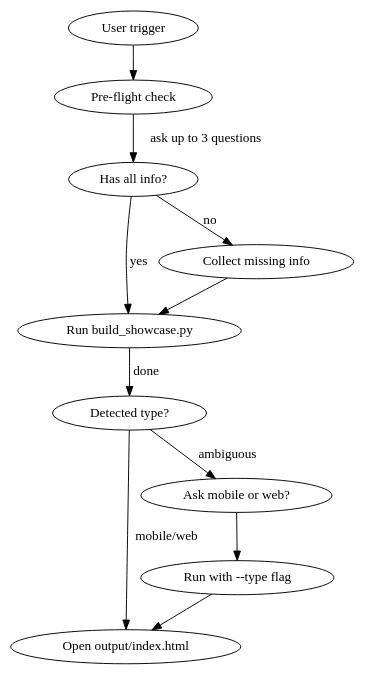
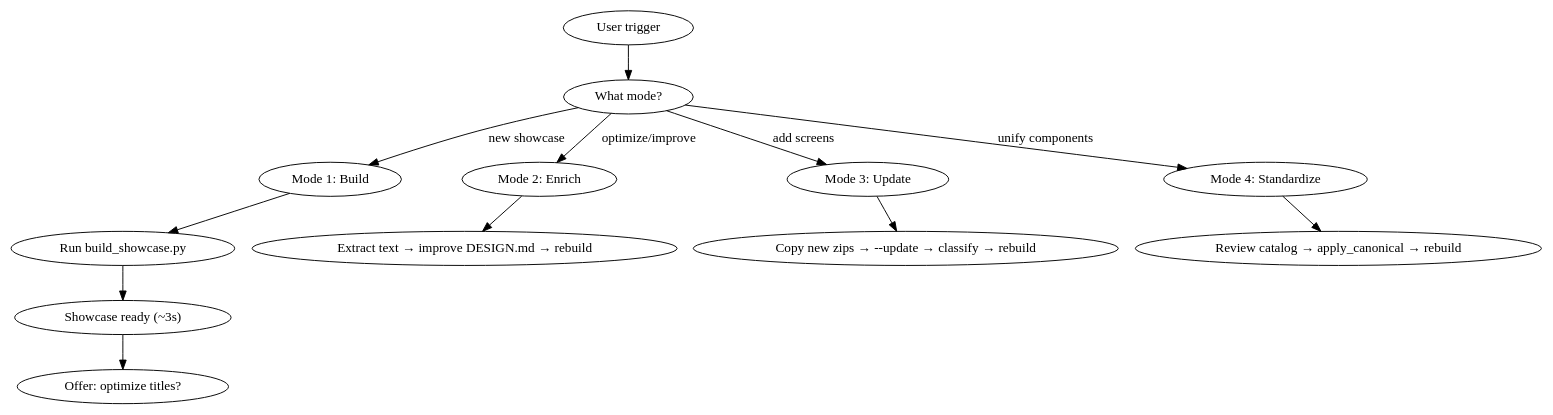
The diagram in skills/stitch-showcase/SKILL.md (macCesar/aiskills), drawn with Graphviz before and after one commit. The commit also changed other lines of this file, not shown here.

First line of the commit message:
feat: restructure SKILL into fast build + optional AI enrichment

````diff
--- a/skills/stitch-showcase/SKILL.md
+++ b/skills/stitch-showcase/SKILL.md
@@ -23,14 +27,19 @@
 ```dot
 digraph showcase {
-    "User trigger" -> "Pre-flight check";
-    "Pre-flight check" -> "Has all info?" [label="ask up to 3 questions"];
-    "Has all info?" -> "Run build_showcase.py" [label="yes"];
-    "Has all info?" -> "Collect missing info" [label="no"];
-    "Collect missing info" -> "Run build_showcase.py";
-    "Run build_showcase.py" -> "Detected type?" [label="done"];
-    "Detected type?" -> "Open output/index.html" [label="mobile/web"];
-    "Detected type?" -> "Ask mobile or web?" [label="ambiguous"];
-    "Ask mobile or web?" -> "Run with --type flag";
-    "Run with --type flag" -> "Open output/index.html";
+    "User trigger" -> "What mode?";
+    "What mode?" -> "Mode 1: Build" [label="new showcase"];
+    "What mode?" -> "Mode 2: Enrich" [label="optimize/improve"];
+    "What mode?" -> "Mode 3: Update" [label="add screens"];
+    "What mode?" -> "Mode 4: Standardize" [label="unify components"];
+
+    "Mode 1: Build" -> "Run build_showcase.py";
+    "Run build_showcase.py" -> "Showcase ready (~3s)";
+    "Showcase ready (~3s)" -> "Offer: optimize titles?";
+
+    "Mode 2: Enrich" -> "Extract text → improve DESIGN.md → rebuild";
+
+    "Mode 3: Update" -> "Copy new zips → --update → classify → rebuild";
+
+    "Mode 4: Standardize" -> "Review catalog → apply_canonical → rebuild";
 }
 ```
````
